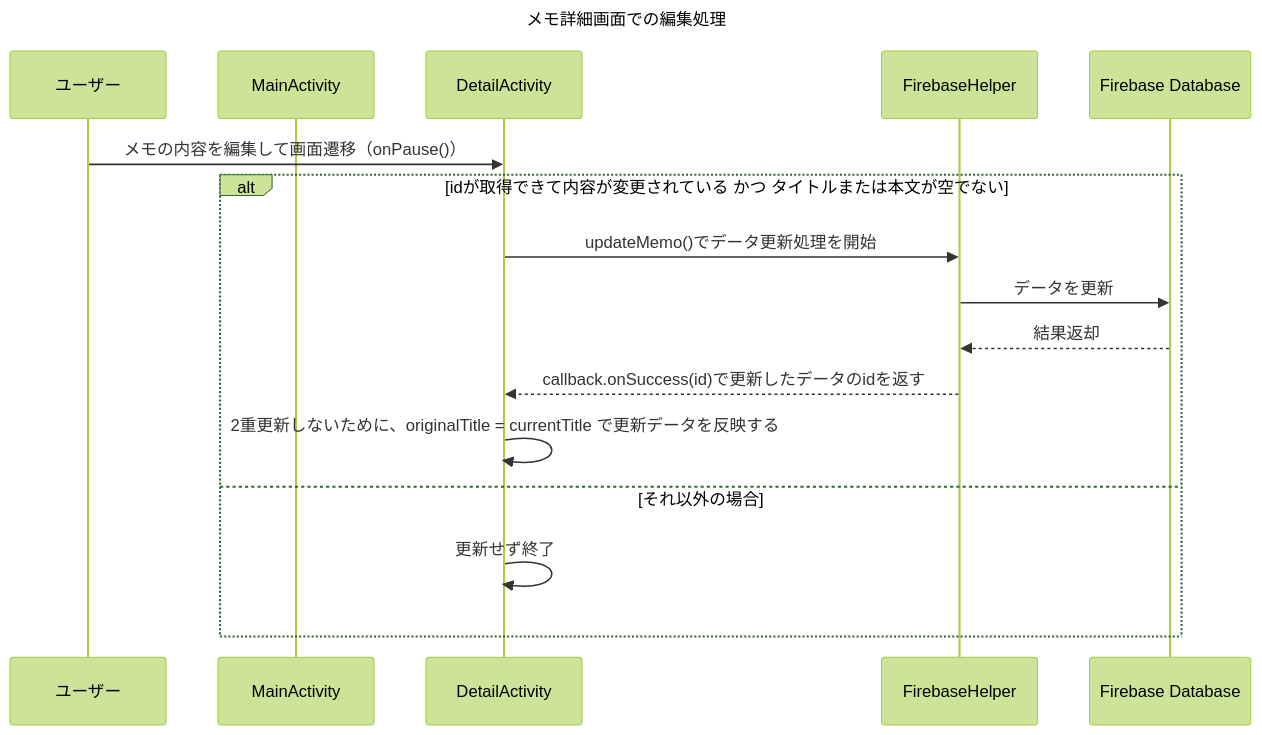
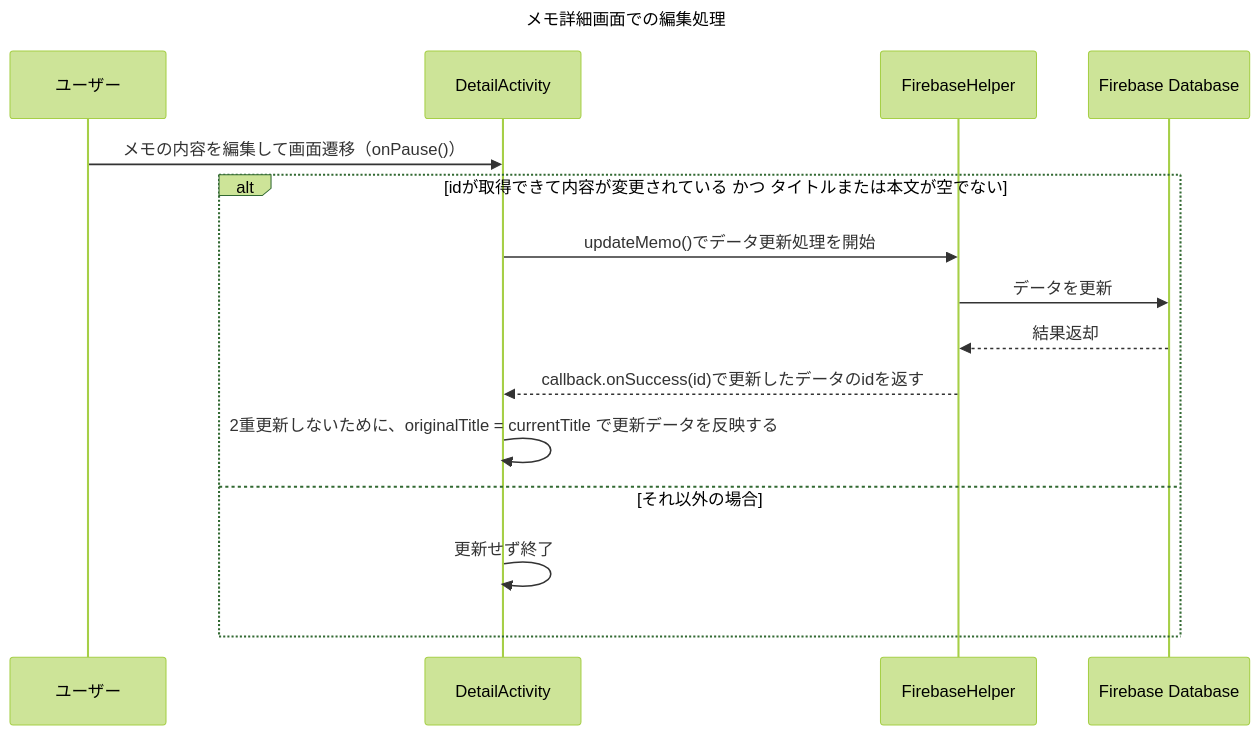
One commit to masu314/memo changed the third of 7 diagrams in README.md. Above: the diagram before and after it, drawn with Mermaid (forest theme). The commit also changed other lines of this file, not shown here.

Commit message:
[update]README.mdにメイン画面から新規作成画面に遷移するシーケンス図を作成

````diff
--- a/README.md
+++ b/README.md
@@ -32,20 +32,19 @@
 ```mermaid
 sequenceDiagram
     title メモ詳細画面での編集処理
     participant User as ユーザー
-    participant Main as MainActivity
     participant Detail as DetailActivity
     participant Firebase as FirebaseHelper
     participant DB as Firebase Database
 
     User->>Detail: メモの内容を編集して画面遷移（onPause()）
     alt idが取得できて内容が変更されている かつ タイトルまたは本文が空でない
         Detail->>Firebase: updateMemo()でデータ更新処理を開始
         Firebase->>DB: データを更新
         DB-->>Firebase: 結果返却
         Firebase-->>Detail: callback.onSuccess(id)で更新したデータのidを返す
         Detail->>Detail: 2重更新しないために、originalTitle = currentTitle で更新データを反映する
     else それ以外の場合
         Detail->>Detail: 更新せず終了
     end
 ```
````
